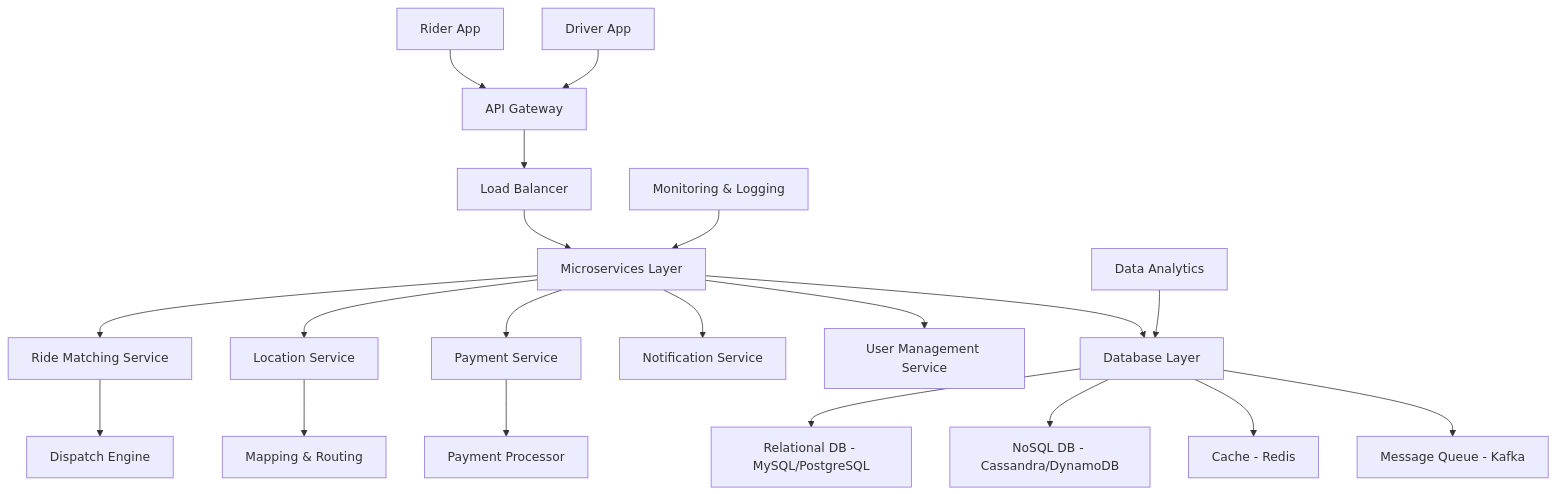
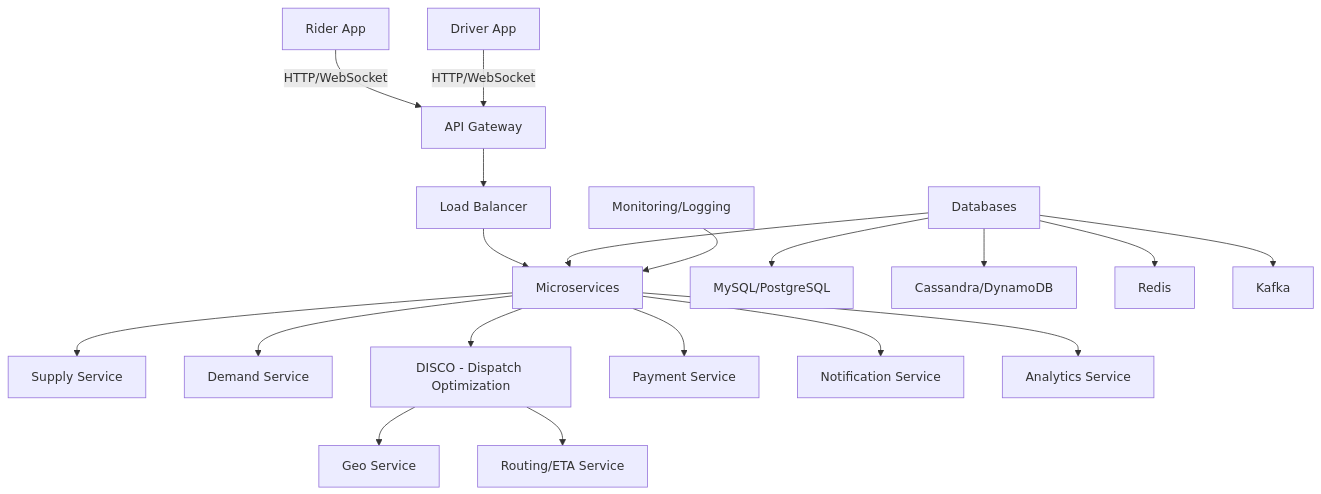
The first of 2 diagrams in uber-system-design/README.md (VrushankPatel/interview-matters), drawn with Mermaid before and after one commit. The commit also changed other lines of this file and 5 other files, not shown here.

````diff
--- a/uber-system-design/README.md
+++ b/uber-system-design/README.md
@@ -17,22 +19,21 @@
 ```mermaid
 graph TD
-    A[Rider App] --> B[API Gateway]
-    C[Driver App] --> B
+    A[Rider App] -->|HTTP/WebSocket| B[API Gateway]
+    C[Driver App] -->|HTTP/WebSocket| B
     B --> D[Load Balancer]
-    D --> E[Microservices Layer]
-    E --> F[Ride Matching Service]
-    E --> G[Location Service]
-    E --> H[Payment Service]
-    E --> I[Notification Service]
-    E --> J[User Management Service]
-    F --> K[Dispatch Engine]
-    G --> L[Mapping & Routing]
-    H --> M[Payment Processor]
-    E --> N[Database Layer]
-    N --> O[Relational DB - MySQL/PostgreSQL]
-    N --> P[NoSQL DB - Cassandra/DynamoDB]
-    N --> Q[Cache - Redis]
-    N --> R[Message Queue - Kafka]
-    S[Data Analytics] --> N
-    T[Monitoring & Logging] --> E
+    D --> E[Microservices]
+    E --> F[Supply Service]
+    E --> G[Demand Service]
+    E --> H[DISCO - Dispatch Optimization]
+    H --> I[Geo Service]
+    H --> J[Routing/ETA Service]
+    E --> K[Payment Service]
+    E --> L[Notification Service]
+    E --> M[Analytics Service]
+    N[Databases] --> E
+    N --> O[MySQL/PostgreSQL]
+    N --> P[Cassandra/DynamoDB]
+    N --> Q[Redis]
+    N --> R[Kafka]
+    S[Monitoring/Logging] --> E
 ```
````
